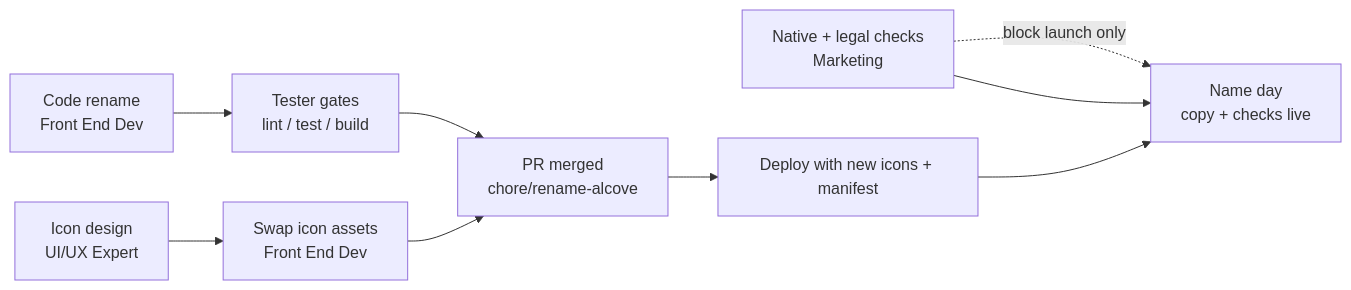
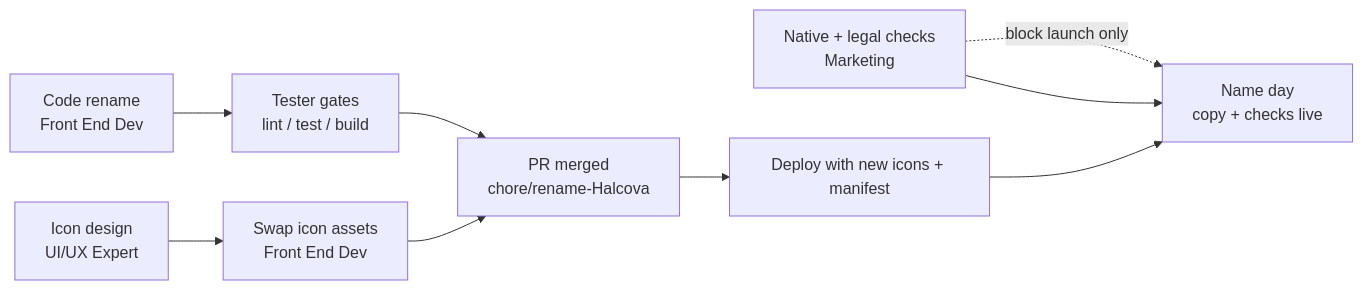
Before and after one commit to pdelebarre/halcova: the diagram in marketing/handoff-rename-alcove.md, drawn with Mermaid. The commit also changed other lines of this file and 31 other files, not shown here.

````diff
--- a/marketing/handoff-rename-alcove.md
+++ b/marketing/handoff-rename-alcove.md
@@ -29,11 +29,11 @@
 ```mermaid
 flowchart LR
     A[Code rename<br/>Front End Dev] --> B[Tester gates<br/>lint / test / build]
     D[Icon design<br/>UI/UX Expert] --> A2[Swap icon assets<br/>Front End Dev]
     C[Native + legal checks<br/>Marketing] -.block launch only.-> G
-    B --> E[PR merged<br/>chore/rename-alcove]
+    B --> E[PR merged<br/>chore/rename-Halcova]
     A2 --> E
     E --> F[Deploy with new icons + manifest]
     F --> G[Name day<br/>copy + checks live]
     C --> G
 ```
````
